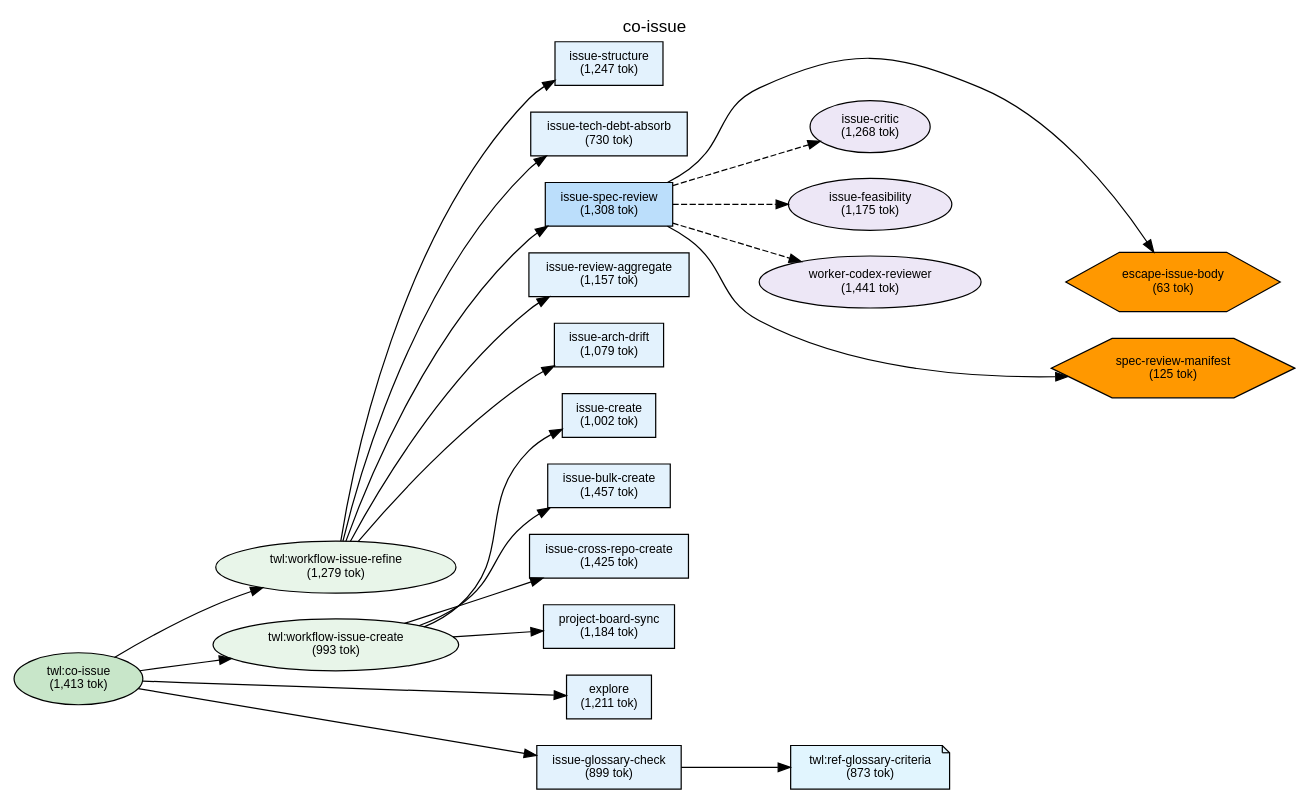
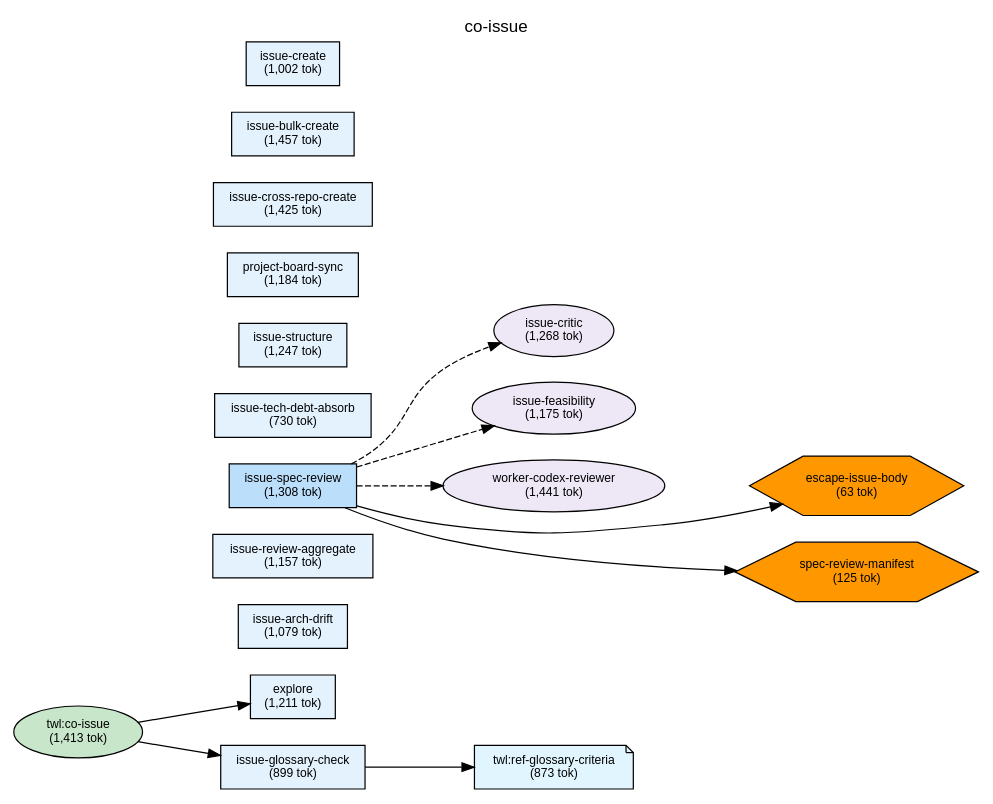
One commit to shuu5/twill changed the diagram in plugins/twl/docs/deps-co-issue.dot. Above: the diagram before and after it, drawn with Graphviz. The commit also changed 20 other files, not shown here.

First line of the commit message:
refactor: co-issue v2 default 化 + 旧 workflow 削除 (#493)

```diff
--- a/plugins/twl/docs/deps-co-issue.dot
+++ b/plugins/twl/docs/deps-co-issue.dot
@@ -1,96 +1,80 @@
 digraph Dependencies {
     // Graph settings
     rankdir=LR;
     ranksep=0.8;
     nodesep=0.3;
     fontname="Helvetica";
     node [fontname="Helvetica", fontsize=10];
     edge [fontname="Helvetica", fontsize=9];
     label="co-issue";
     labelloc=t;
     fontsize=14;
 
     // L0: Controller Skills
     skill_co_issue [label="twl:co-issue\n(1,413 tok)", shape=ellipse, style=filled, fillcolor="#c8e6c9"];
 
     // L0: Launchers
 
     // L0.5: Workflow Skills
-    skill_workflow_issue_refine [label="twl:workflow-issue-refine\n(1,279 tok)", shape=ellipse, style=filled, fillcolor="#e8f5e9"];
-    skill_workflow_issue_create [label="twl:workflow-issue-create\n(993 tok)", shape=ellipse, style=filled, fillcolor="#e8f5e9"];
 
     // Reference Skills
     skill_ref_glossary_criteria [label="twl:ref-glossary-criteria\n(873 tok)", shape=note, style=filled, fillcolor="#e1f5fe"];
 
     // L1: Direct Commands
     cmd_issue_structure [label="issue-structure\n(1,247 tok)", shape=box, style=filled, fillcolor="#e3f2fd"];
     cmd_issue_create [label="issue-create\n(1,002 tok)", shape=box, style=filled, fillcolor="#e3f2fd"];
     cmd_issue_bulk_create [label="issue-bulk-create\n(1,457 tok)", shape=box, style=filled, fillcolor="#e3f2fd"];
     cmd_issue_tech_debt_absorb [label="issue-tech-debt-absorb\n(730 tok)", shape=box, style=filled, fillcolor="#e3f2fd"];
     cmd_issue_spec_review [label="issue-spec-review\n(1,308 tok)", shape=box, style=filled, fillcolor="#bbdefb"];
     cmd_issue_review_aggregate [label="issue-review-aggregate\n(1,157 tok)", shape=box, style=filled, fillcolor="#e3f2fd"];
     cmd_issue_glossary_check [label="issue-glossary-check\n(899 tok)", shape=box, style=filled, fillcolor="#e3f2fd"];
     cmd_issue_arch_drift [label="issue-arch-drift\n(1,079 tok)", shape=box, style=filled, fillcolor="#e3f2fd"];
     cmd_issue_cross_repo_create [label="issue-cross-repo-create\n(1,425 tok)", shape=box, style=filled, fillcolor="#e3f2fd"];
     cmd_project_board_sync [label="project-board-sync\n(1,184 tok)", shape=box, style=filled, fillcolor="#e3f2fd"];
     cmd_explore [label="explore\n(1,211 tok)", shape=box, style=filled, fillcolor="#e3f2fd"];
 
     // L2: Sub Commands
 
     // L3: Agents
     agent_issue_critic [label="issue-critic\n(1,268 tok)", shape=ellipse, style=filled, fillcolor="#ede7f6"];
     agent_issue_feasibility [label="issue-feasibility\n(1,175 tok)", shape=ellipse, style=filled, fillcolor="#ede7f6"];
     agent_worker_codex_reviewer [label="worker-codex-reviewer\n(1,441 tok)", shape=ellipse, style=filled, fillcolor="#ede7f6"];
 
     // L3.5: Scripts
     script_escape_issue_body [label="escape-issue-body\n(63 tok)", shape=hexagon, style=filled, fillcolor="#FF9800"];
     script_spec_review_manifest [label="spec-review-manifest\n(125 tok)", shape=hexagon, style=filled, fillcolor="#FF9800"];
 
     // L4: External
 
     // Layer constraints
     { rank=same; skill_co_issue; }
-    { rank=same; skill_workflow_issue_refine; skill_workflow_issue_create; }
     { rank=same; skill_ref_glossary_criteria; }
     { rank=same; cmd_issue_structure; cmd_issue_create; cmd_issue_bulk_create; cmd_issue_tech_debt_absorb; cmd_issue_spec_review; cmd_issue_review_aggregate; cmd_issue_glossary_check; cmd_issue_arch_drift; cmd_issue_cross_repo_create; cmd_project_board_sync; cmd_explore; }
     { rank=same; agent_issue_critic; agent_issue_feasibility; agent_worker_codex_reviewer; }
     { rank=same; script_escape_issue_body; script_spec_review_manifest; }
 
     // Edges
     skill_co_issue -> cmd_explore;
     skill_co_issue -> cmd_issue_glossary_check;
-    skill_co_issue -> skill_workflow_issue_refine;
-    skill_co_issue -> skill_workflow_issue_create;
-    skill_workflow_issue_refine -> cmd_issue_structure;
-    skill_workflow_issue_refine -> cmd_issue_tech_debt_absorb;
-    skill_workflow_issue_refine -> cmd_issue_spec_review;
-    skill_workflow_issue_refine -> cmd_issue_review_aggregate;
-    skill_workflow_issue_refine -> cmd_issue_arch_drift;
-    skill_workflow_issue_create -> cmd_issue_create;
-    skill_workflow_issue_create -> cmd_issue_bulk_create;
-    skill_workflow_issue_create -> cmd_issue_cross_repo_create;
-    skill_workflow_issue_create -> cmd_project_board_sync;
     cmd_issue_spec_review -> agent_issue_critic [style=dashed];
     cmd_issue_spec_review -> agent_issue_feasibility [style=dashed];
     cmd_issue_spec_review -> agent_worker_codex_reviewer [style=dashed];
     cmd_issue_spec_review -> script_escape_issue_body;
     cmd_issue_spec_review -> script_spec_review_manifest;
     cmd_issue_glossary_check -> skill_ref_glossary_criteria;
 
     // Ordering constraints (invisible edges)
     cmd_explore -> cmd_issue_glossary_check [style=invis, weight=10];
-    cmd_issue_glossary_check -> skill_workflow_issue_refine [style=invis, weight=10];
-    skill_workflow_issue_refine -> skill_workflow_issue_create [style=invis, weight=10];
     cmd_issue_structure -> cmd_issue_tech_debt_absorb [style=invis, weight=10];
     cmd_issue_tech_debt_absorb -> cmd_issue_spec_review [style=invis, weight=10];
     cmd_issue_spec_review -> cmd_issue_review_aggregate [style=invis, weight=10];
     cmd_issue_review_aggregate -> cmd_issue_arch_drift [style=invis, weight=10];
     cmd_issue_create -> cmd_issue_bulk_create [style=invis, weight=10];
     cmd_issue_bulk_create -> cmd_issue_cross_repo_create [style=invis, weight=10];
     cmd_issue_cross_repo_create -> cmd_project_board_sync [style=invis, weight=10];
     agent_issue_critic -> agent_issue_feasibility [style=invis, weight=10];
     agent_issue_feasibility -> agent_worker_codex_reviewer [style=invis, weight=10];
     agent_worker_codex_reviewer -> script_escape_issue_body [style=invis, weight=10];
     script_escape_issue_body -> script_spec_review_manifest [style=invis, weight=10];
 
 }
```
